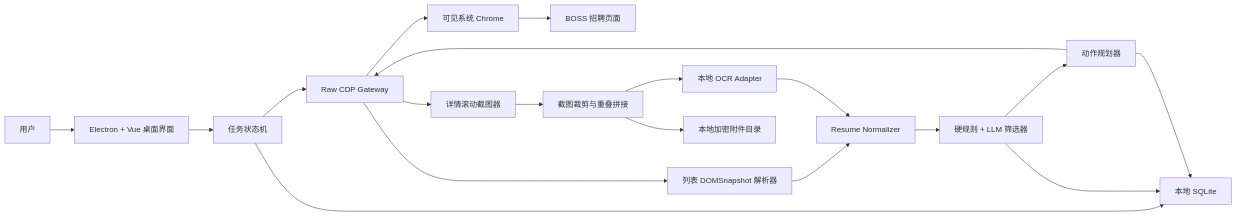
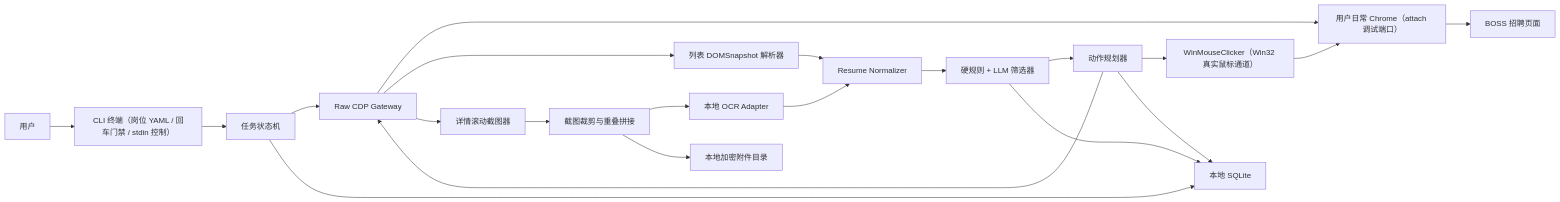
The diagram in docs/design/recruiting/boss-resume-assistant-native-cdp-design.md (ethynic/aid-work-agent), drawn with Mermaid before and after one commit. The commit also changed other lines of this file and 63 other files, not shown here.

First line of the commit message:
refactor(boss-resume-assistant): 路线收敛为 CLI-only，删除 Electron GUI 与探索期代码

````diff
--- a/docs/design/recruiting/boss-resume-assistant-native-cdp-design.md
+++ b/docs/design/recruiting/boss-resume-assistant-native-cdp-design.md
@@ -93,23 +93,25 @@
 ```mermaid
 flowchart LR
-    U["用户"] --> UI["Electron + Vue 桌面界面"]
+    U["用户"] --> UI["CLI 终端（岗位 YAML / 回车门禁 / stdin 控制）"]
     UI --> O["任务状态机"]
     O --> C["Raw CDP Gateway"]
-    C --> CH["可见系统 Chrome"]
+    C --> CH["用户日常 Chrome（attach 调试端口）"]
     CH --> B["BOSS 招聘页面"]
 
     C --> L["列表 DOMSnapshot 解析器"]
     C --> S["详情滚动截图器"]
     S --> ST["截图裁剪与重叠拼接"]
     ST --> OCR["本地 OCR Adapter"]
     L --> N["Resume Normalizer"]
     OCR --> N
     N --> R["硬规则 + LLM 筛选器"]
     R --> A["动作规划器"]
     A --> C
+    A --> W["WinMouseClicker（Win32 真实鼠标通道）"]
+    W --> CH
 
     O --> DB["本地 SQLite"]
     ST --> FS["本地加密附件目录"]
     R --> DB
     A --> DB
 ```
````
